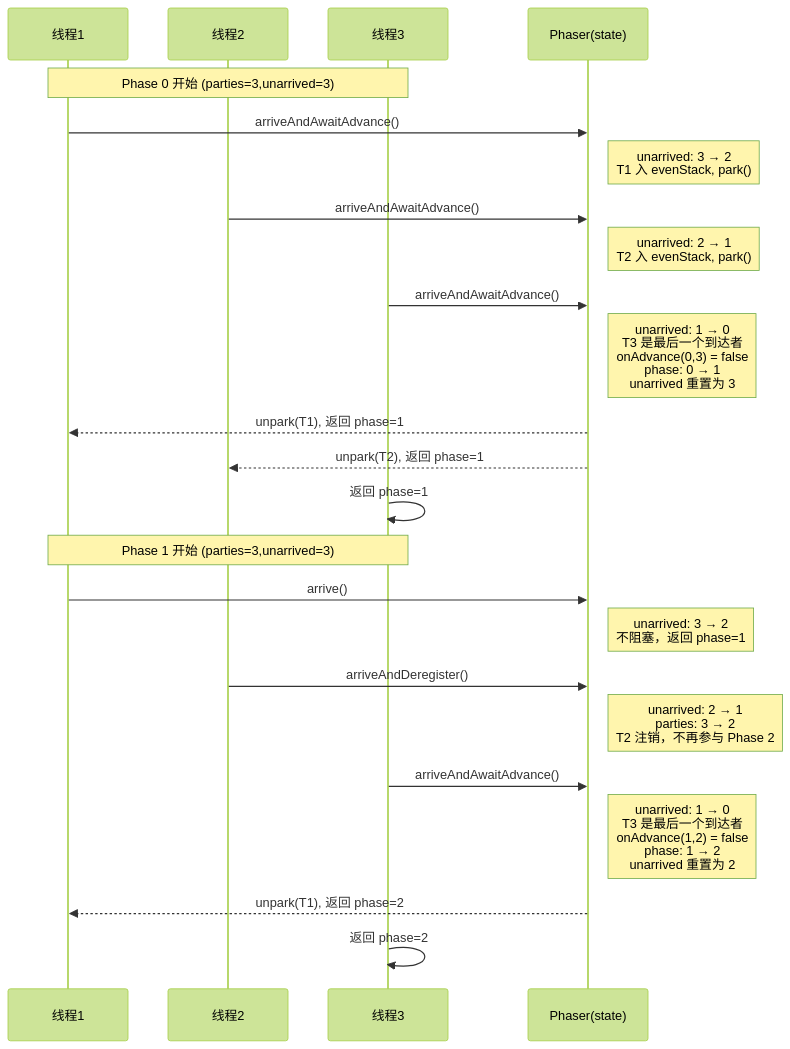
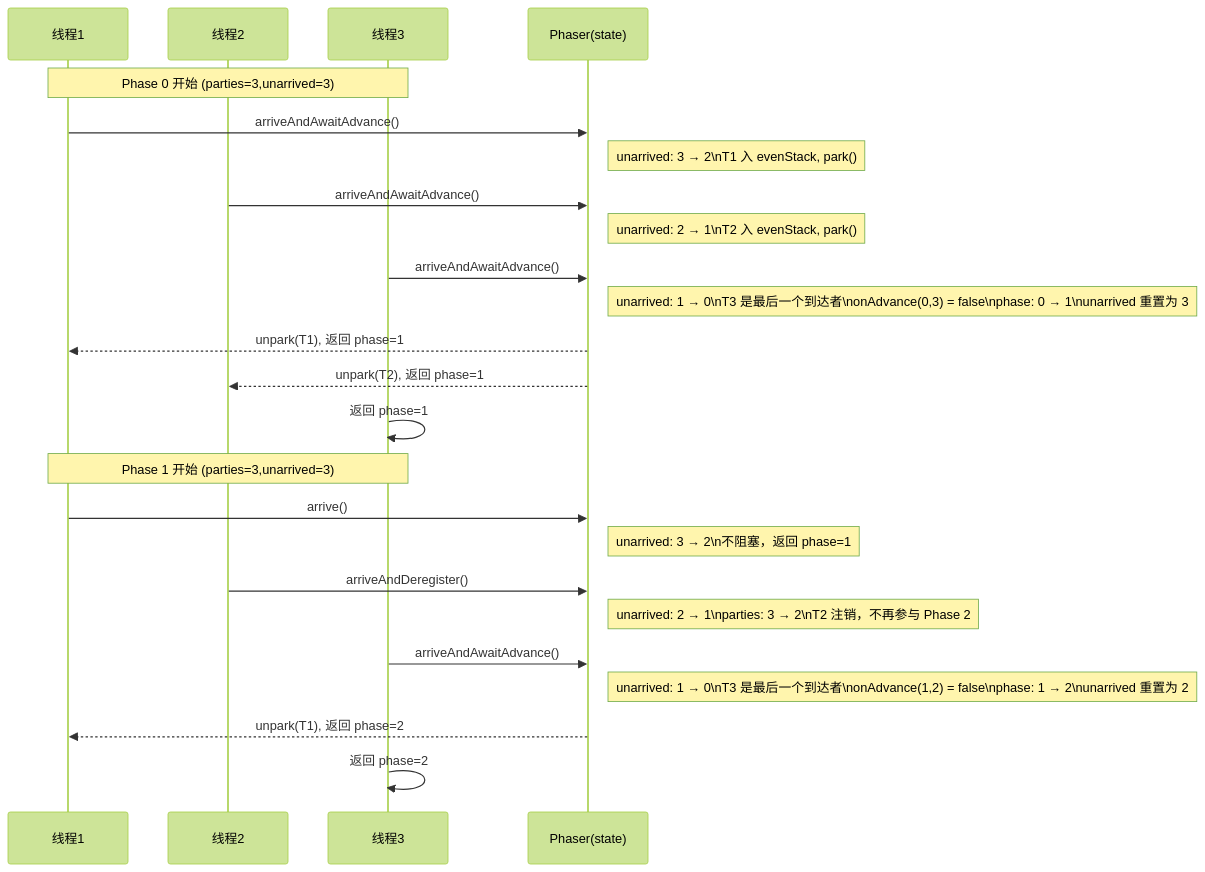
The third of 4 diagrams in content/posts/concurrency/Phaser.md (yaocat55/yaocat55.github.io), drawn with Mermaid (forest theme) before and after one commit. The commit also changed other lines of this file and 155 other files, not shown here.

````diff
--- a/content/posts/concurrency/Phaser.md
+++ b/content/posts/concurrency/Phaser.md
@@ -329,36 +329,36 @@
 ```mermaid
 sequenceDiagram
     participant T1 as 线程1
     participant T2 as 线程2
     participant T3 as 线程3
     participant PH as Phaser(state)
 
     Note over T1,T3: Phase 0 开始 (parties=3,unarrived=3)
 
     T1->>PH: arriveAndAwaitAdvance()
-    Note right of PH: unarrived: 3 → 2<br/>T1 入 evenStack, park()
+    Note right of PH: unarrived: 3 → 2\nT1 入 evenStack, park()
 
     T2->>PH: arriveAndAwaitAdvance()
-    Note right of PH: unarrived: 2 → 1<br/>T2 入 evenStack, park()
+    Note right of PH: unarrived: 2 → 1\nT2 入 evenStack, park()
 
     T3->>PH: arriveAndAwaitAdvance()
-    Note right of PH: unarrived: 1 → 0<br/>T3 是最后一个到达者<br/>onAdvance(0,3) = false<br/>phase: 0 → 1<br/>unarrived 重置为 3
+    Note right of PH: unarrived: 1 → 0\nT3 是最后一个到达者\nonAdvance(0,3) = false\nphase: 0 → 1\nunarrived 重置为 3
 
     PH-->>T1: unpark(T1), 返回 phase=1
     PH-->>T2: unpark(T2), 返回 phase=1
     T3->>T3: 返回 phase=1
 
     Note over T1,T3: Phase 1 开始 (parties=3,unarrived=3)
 
     T1->>PH: arrive()
-    Note right of PH: unarrived: 3 → 2<br/>不阻塞，返回 phase=1
+    Note right of PH: unarrived: 3 → 2\n不阻塞，返回 phase=1
 
     T2->>PH: arriveAndDeregister()
-    Note right of PH: unarrived: 2 → 1<br/>parties: 3 → 2<br/>T2 注销，不再参与 Phase 2
+    Note right of PH: unarrived: 2 → 1\nparties: 3 → 2\nT2 注销，不再参与 Phase 2
 
     T3->>PH: arriveAndAwaitAdvance()
-    Note right of PH: unarrived: 1 → 0<br/>T3 是最后一个到达者<br/>onAdvance(1,2) = false<br/>phase: 1 → 2<br/>unarrived 重置为 2
+    Note right of PH: unarrived: 1 → 0\nT3 是最后一个到达者\nonAdvance(1,2) = false\nphase: 1 → 2\nunarrived 重置为 2
 
     PH-->>T1: unpark(T1), 返回 phase=2
     T3->>T3: 返回 phase=2
 ```
````
